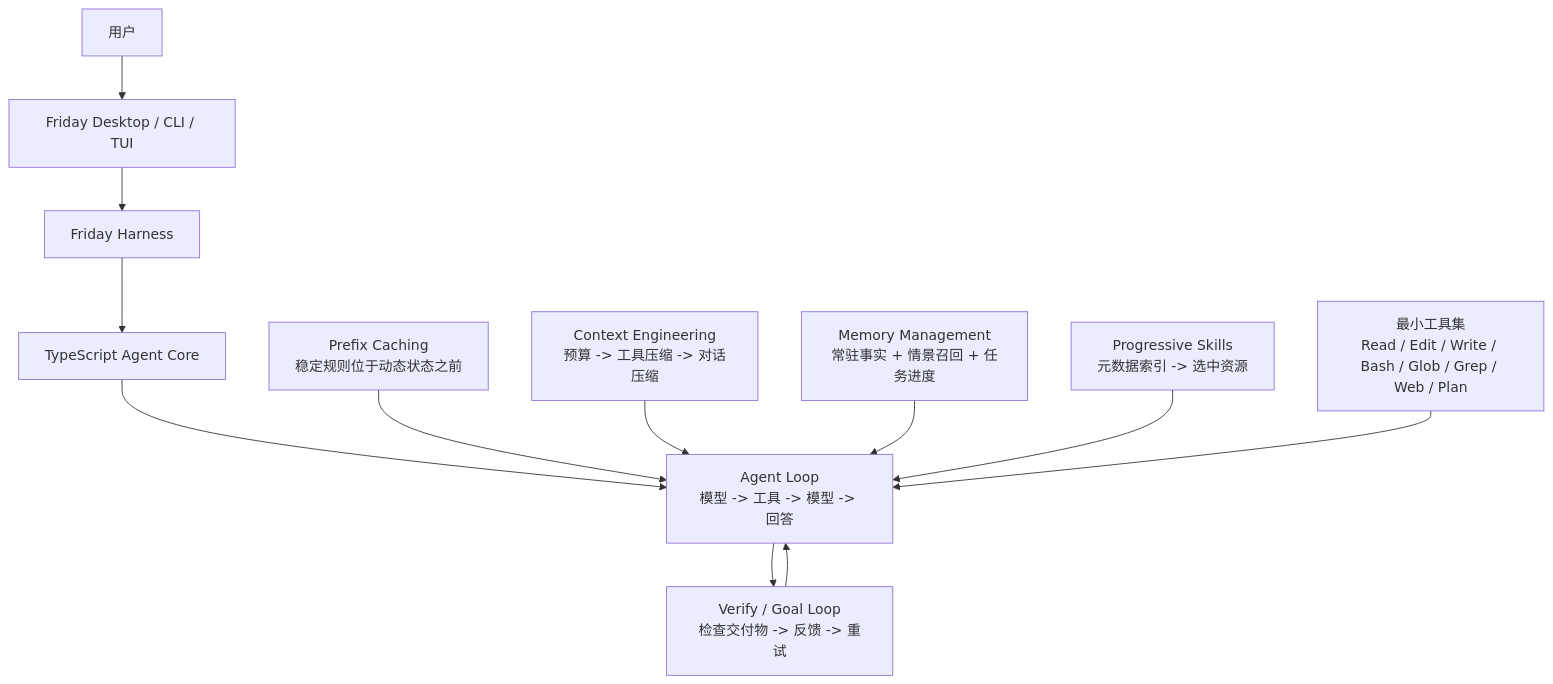
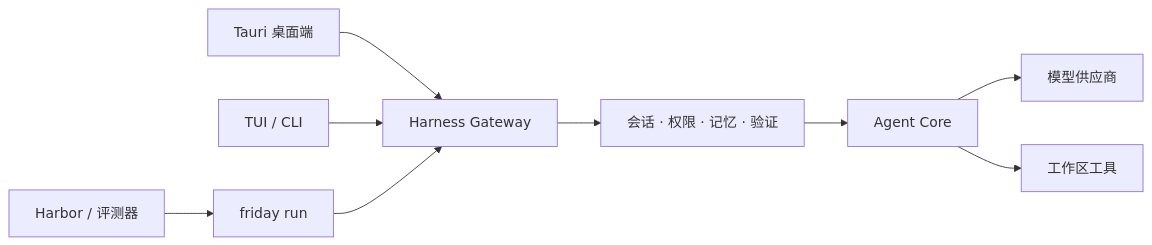
The diagram in README.zh-CN.md (Lancetwang/friday), drawn with Mermaid before and after one commit. The commit also changed other lines of this file and 1 other file, not shown here.

````diff
--- a/README.zh-CN.md
+++ b/README.zh-CN.md
@@ -88,16 +110,10 @@
 ```mermaid
-flowchart TD
-    User["用户"] --> Surface["Friday Desktop / CLI / TUI"]
-    Surface --> Harness["Friday Harness"]
-    Harness --> Core["TypeScript Agent Core"]
-
-    Core --> AgentLoop["Agent Loop<br/>模型 -> 工具 -> 模型 -> 回答"]
-    AgentLoop --> OuterLoop["Verify / Goal Loop<br/>检查交付物 -> 反馈 -> 重试"]
-    OuterLoop --> AgentLoop
-
-    Prefix["Prefix Caching<br/>稳定规则位于动态状态之前"] --> AgentLoop
-    Context["Context Engineering<br/>预算 -> 工具压缩 -> 对话压缩"] --> AgentLoop
-    Memory["Memory Management<br/>常驻事实 + 情景召回 + 任务进度"] --> AgentLoop
-    Skills["Progressive Skills<br/>元数据索引 -> 选中资源"] --> AgentLoop
-    Tools["最小工具集<br/>Read / Edit / Write / Bash / Glob / Grep / Web / Plan"] --> AgentLoop
+flowchart LR
+    Desktop["Tauri 桌面端"] --> Gateway["Harness Gateway"]
+    TUI["TUI / CLI"] --> Gateway
+    Eval["Harbor / 评测器"] --> Run["friday run"] --> Gateway
+    Gateway --> Harness["会话 · 权限 · 记忆 · 验证"]
+    Harness --> Core["Agent Core"]
+    Core --> Models["模型供应商"]
+    Core --> Tools["工作区工具"]
 ```
````
